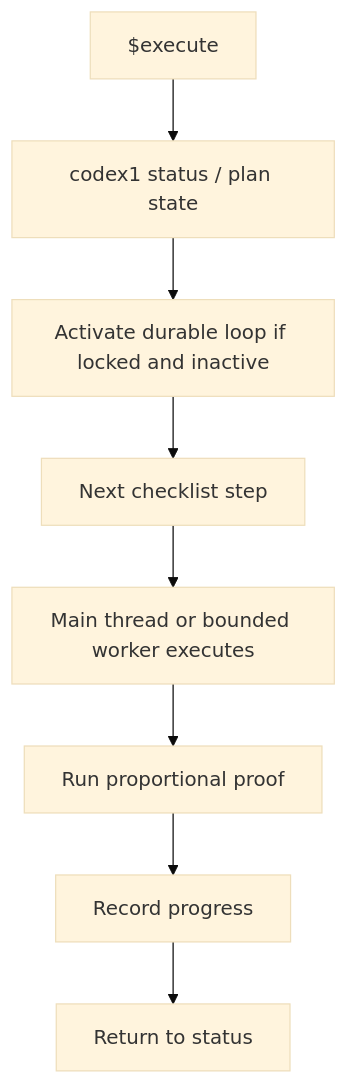
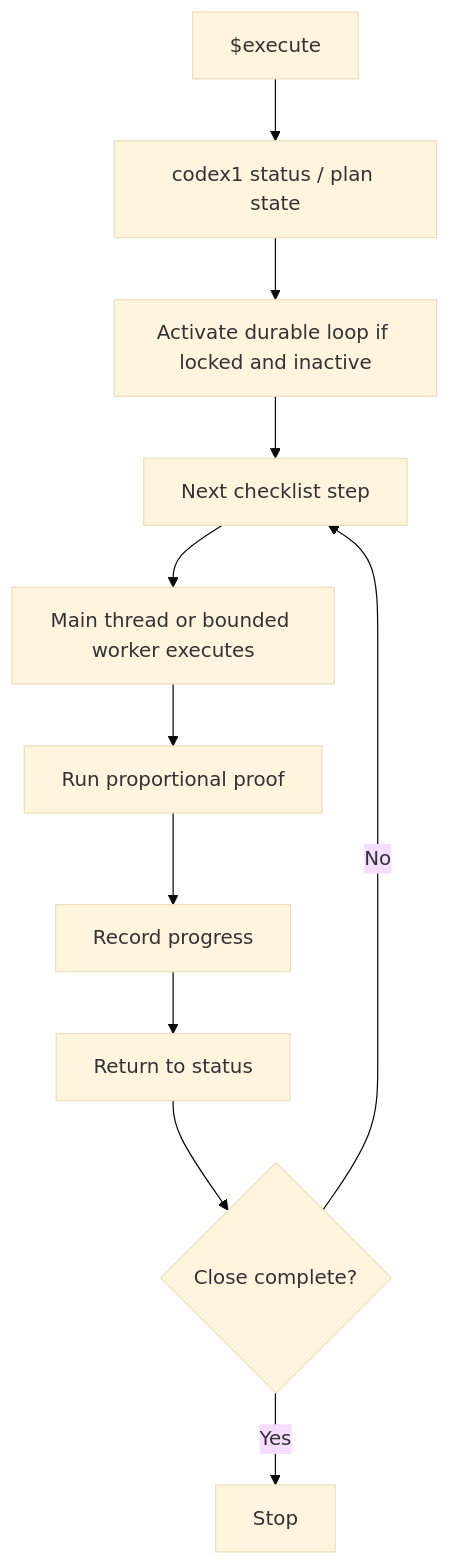
The third of 7 diagrams in docs/codex1-rebuild-handoff/01-product-flow.md (JoelEmanuelNilsson/codex1), drawn with Mermaid (base theme) before and after one commit. The commit also changed other lines of this file and 10 other files, not shown here.

````diff
--- a/docs/codex1-rebuild-handoff/01-product-flow.md
+++ b/docs/codex1-rebuild-handoff/01-product-flow.md
@@ -209,10 +238,13 @@
 ```mermaid
 flowchart TD
     Start["$execute"] --> Status["codex1 status / plan state"]
     Status --> Activate["Activate durable loop if locked and inactive"]
     Activate --> Step["Next checklist step"]
     Step --> Work["Main thread or bounded worker executes"]
     Work --> Proof["Run proportional proof"]
     Proof --> Update["Record progress"]
     Update --> Next["Return to status"]
+    Next --> Done{"Close complete?"}
+    Done -->|No| Step
+    Done -->|Yes| Stop["Stop"]
 ```
````
